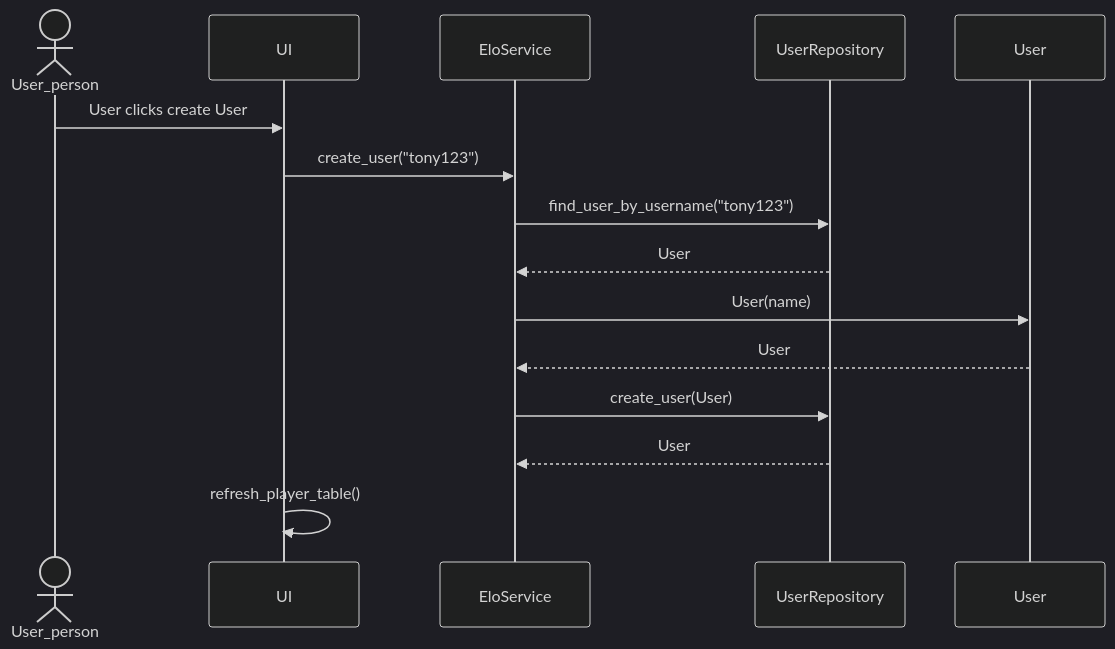
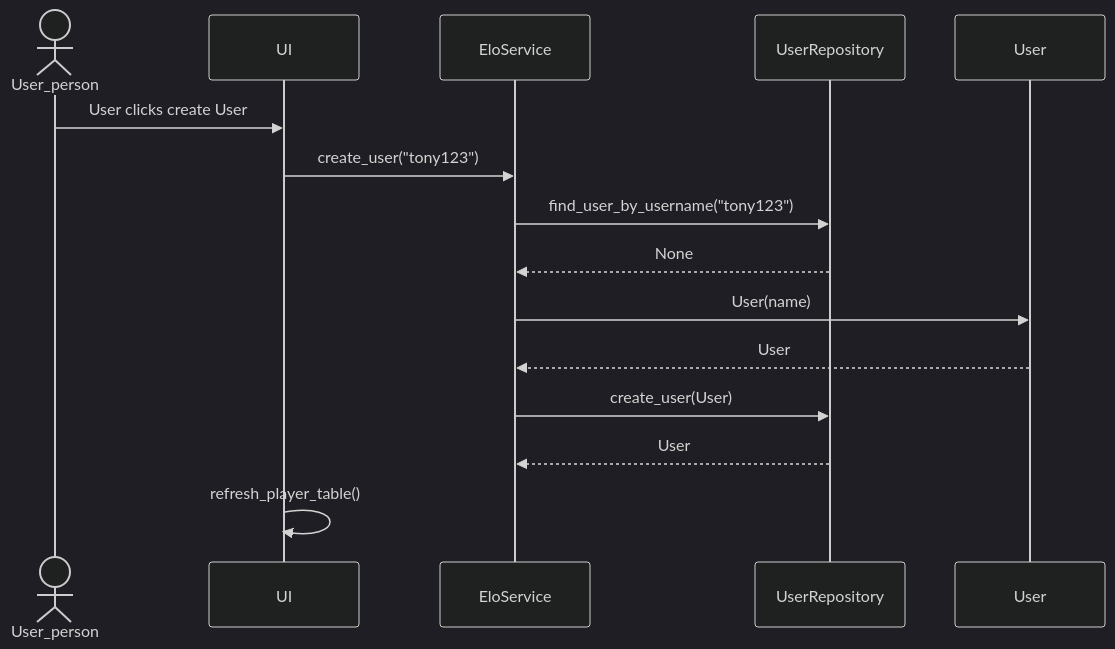
Before and after one commit to lamtonylam/ohjelmistotekniikka: the diagram in dokumentaatio/arkkitehtuuri.md, drawn with Mermaid (dark theme).

Commit message:
docs: arkkitehtuuri.md

````diff
--- a/dokumentaatio/arkkitehtuuri.md
+++ b/dokumentaatio/arkkitehtuuri.md
@@ -8,19 +8,19 @@
 ```mermaid
 sequenceDiagram
   actor User_person
   participant UI
   participant EloService
   participant UserRepository
   participant User
 
 
   User_person ->> UI: User clicks create User
   UI ->> EloService: create_user("tony123")
   EloService ->> UserRepository: find_user_by_username("tony123")
-  UserRepository -->> EloService: User
+  UserRepository -->> EloService: None
   EloService ->> User: User(name)
   User -->> EloService: User
   EloService ->> UserRepository: create_user(User)
   UserRepository -->> EloService: User
   UI ->> UI: refresh_player_table()
 ```
````
